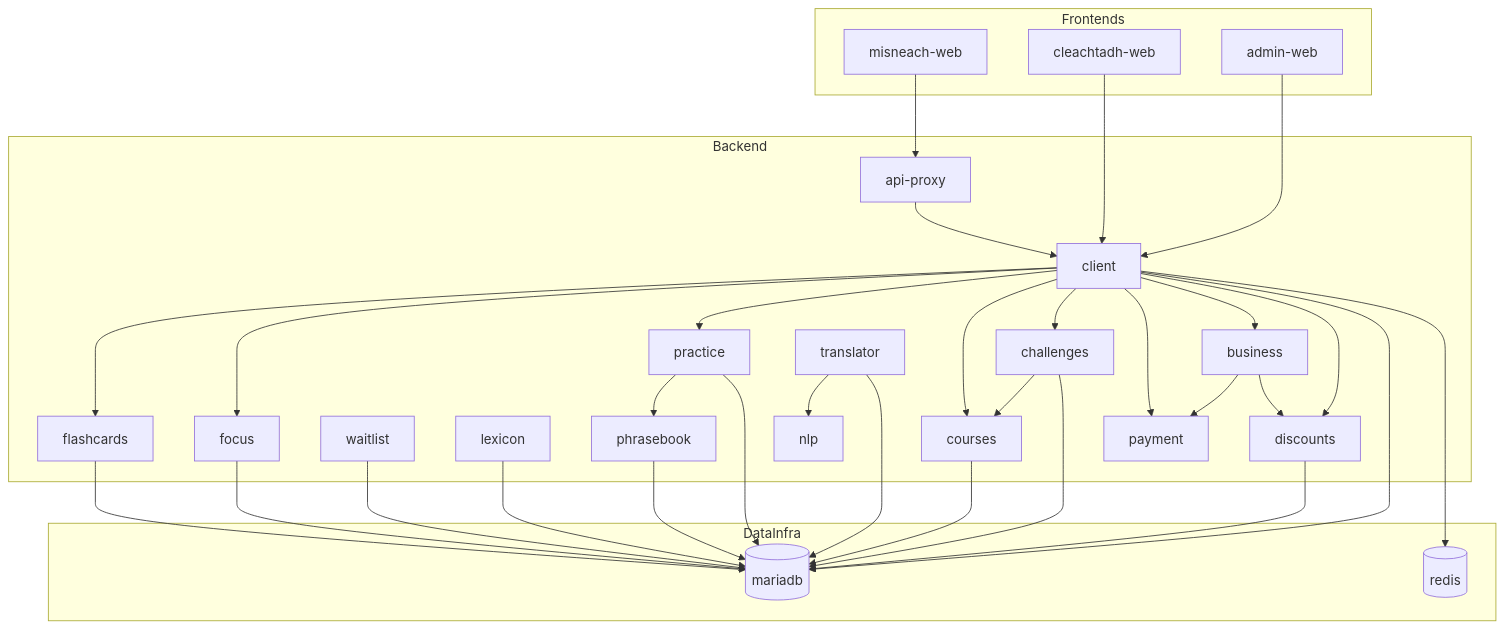
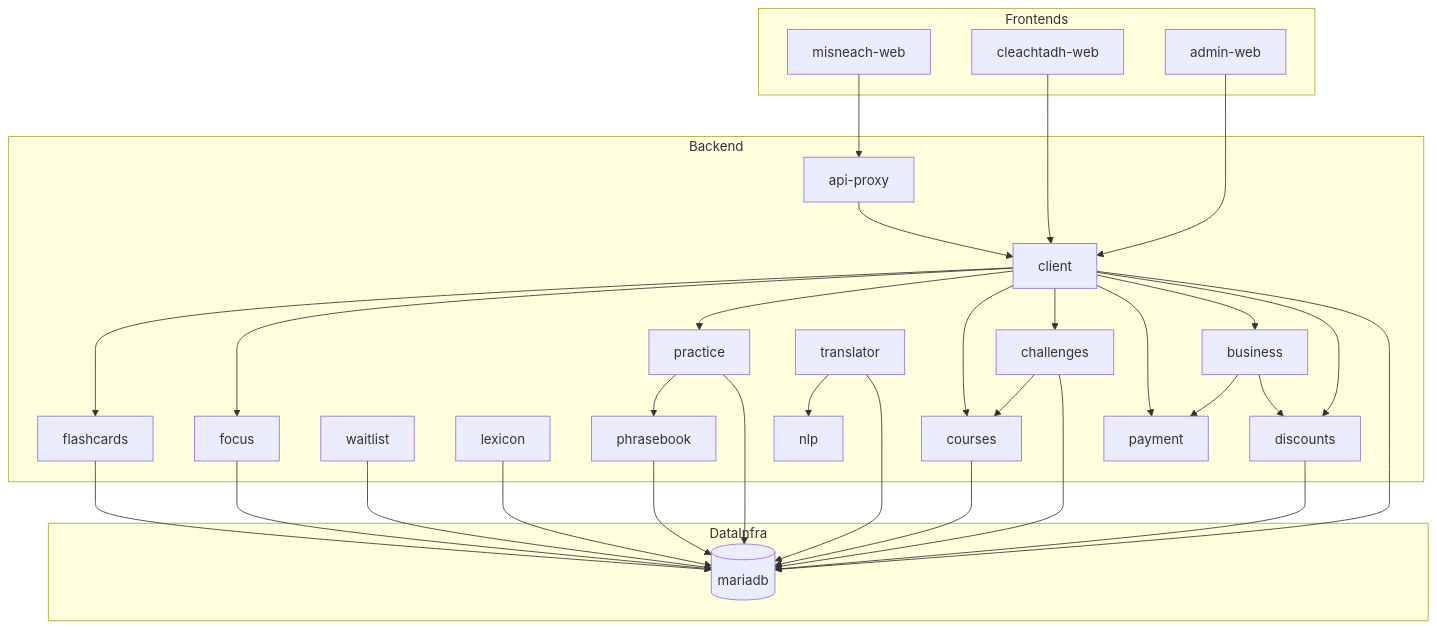
The second of 2 diagrams in docs/architecture.md (athbheochan-labs/misneach), drawn with Mermaid before and after one commit. The commit also changed other lines of this file and 4 other files, not shown here.

````diff
--- a/docs/architecture.md
+++ b/docs/architecture.md
@@ -20,64 +19,62 @@
 ```mermaid
 flowchart TB
   subgraph Frontends
     web[misneach-web]
     appweb[cleachtadh-web]
     adminweb[admin-web]
   end
 
   subgraph Backend
     apiproxy[api-proxy]
     client[client]
     business[business]
     payment[payment]
     discounts[discounts]
     waitlist[waitlist]
     lexicon[lexicon]
     phrasebook[phrasebook]
     flashcards[flashcards]
     focus[focus]
     practice[practice]
     courses[courses]
     challenges[challenges]
     translator[translator]
     nlp[nlp]
   end
 
   subgraph DataInfra
     mariadb[(mariadb)]
-    redis[(redis)]
   end
 
   web --> apiproxy
   appweb --> client
   adminweb --> client
   apiproxy --> client
 
   client --> flashcards
   client --> focus
   client --> practice
   client --> courses
   client --> challenges
   client --> payment
   client --> business
   client --> discounts
 
   business --> payment
   business --> discounts
   practice --> phrasebook
   challenges --> courses
   translator --> nlp
 
   client --> mariadb
-  client --> redis
   lexicon --> mariadb
   phrasebook --> mariadb
   flashcards --> mariadb
   focus --> mariadb
   practice --> mariadb
   courses --> mariadb
   challenges --> mariadb
   discounts --> mariadb
   waitlist --> mariadb
   translator --> mariadb
 ```
````
